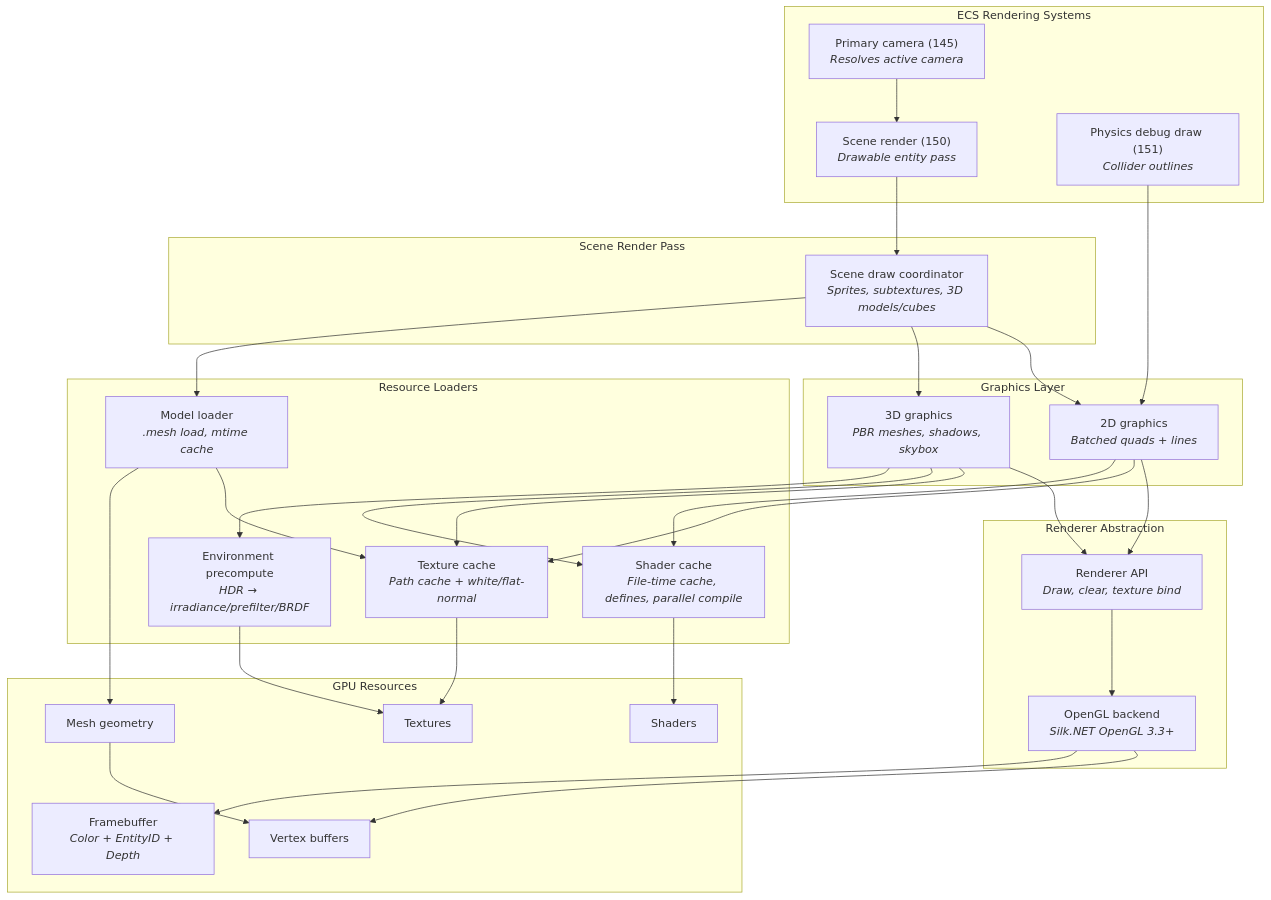
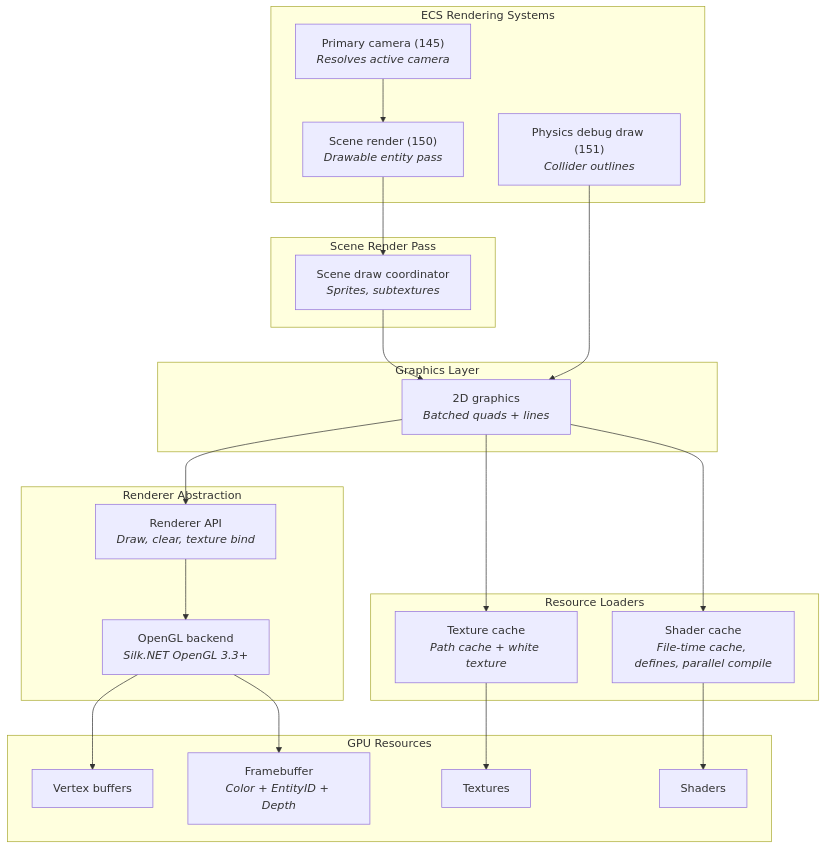
Before and after one commit to kateusz/GameEngine: the first of 5 diagrams in docs/architecture/rendering-pipeline.md, drawn with Mermaid. The commit also changed other lines of this file and 229 other files, not shown here.

````diff
--- a/docs/architecture/rendering-pipeline.md
+++ b/docs/architecture/rendering-pipeline.md
@@ -9,60 +9,46 @@
 ```mermaid
 graph TB
     subgraph "ECS Rendering Systems"
         PCS["Primary camera (145)<br/><i>Resolves active camera</i>"]
         SRS["Scene render (150)<br/><i>Drawable entity pass</i>"]
         PDRS["Physics debug draw (151)<br/><i>Collider outlines</i>"]
     end
 
     subgraph "Scene Render Pass"
-        SRP["Scene draw coordinator<br/><i>Sprites, subtextures, 3D models/cubes</i>"]
+        SRP["Scene draw coordinator<br/><i>Sprites, subtextures</i>"]
     end
 
     subgraph "Graphics Layer"
         G2D["2D graphics<br/><i>Batched quads + lines</i>"]
-        G3D["3D graphics<br/><i>PBR meshes, shadows, skybox</i>"]
     end
 
     subgraph "Resource Loaders"
-        TF["Texture cache<br/><i>Path cache + white/flat-normal</i>"]
+        TF["Texture cache<br/><i>Path cache + white texture</i>"]
         SF["Shader cache<br/><i>File-time cache, defines, parallel compile</i>"]
-        MF["Model loader<br/><i>.mesh load, mtime cache</i>"]
-        EMF["Environment precompute<br/><i>HDR → irradiance/prefilter/BRDF</i>"]
     end
 
     subgraph "Renderer Abstraction"
         API["Renderer API<br/><i>Draw, clear, texture bind</i>"]
         OAPI["OpenGL backend<br/><i>Silk.NET OpenGL 3.3+</i>"]
     end
 
     subgraph "GPU Resources"
         VAO["Vertex buffers"]
         FB["Framebuffer<br/><i>Color + EntityID + Depth</i>"]
         Tex["Textures"]
         Shader["Shaders"]
-        Model["Mesh geometry"]
     end
 
     PCS --> SRS
     SRS --> SRP
     SRP --> G2D
-    SRP --> G3D
-    SRP --> MF
     PDRS --> G2D
     G2D --> API
-    G3D --> API
     G2D --> TF
     G2D --> SF
-    G3D --> TF
-    G3D --> SF
-    G3D --> EMF
-    MF --> TF
-    MF --> Model
-    EMF --> Tex
     API --> OAPI
     OAPI --> VAO
     OAPI --> FB
     TF --> Tex
     SF --> Shader
-    Model --> VAO
 ```
````
